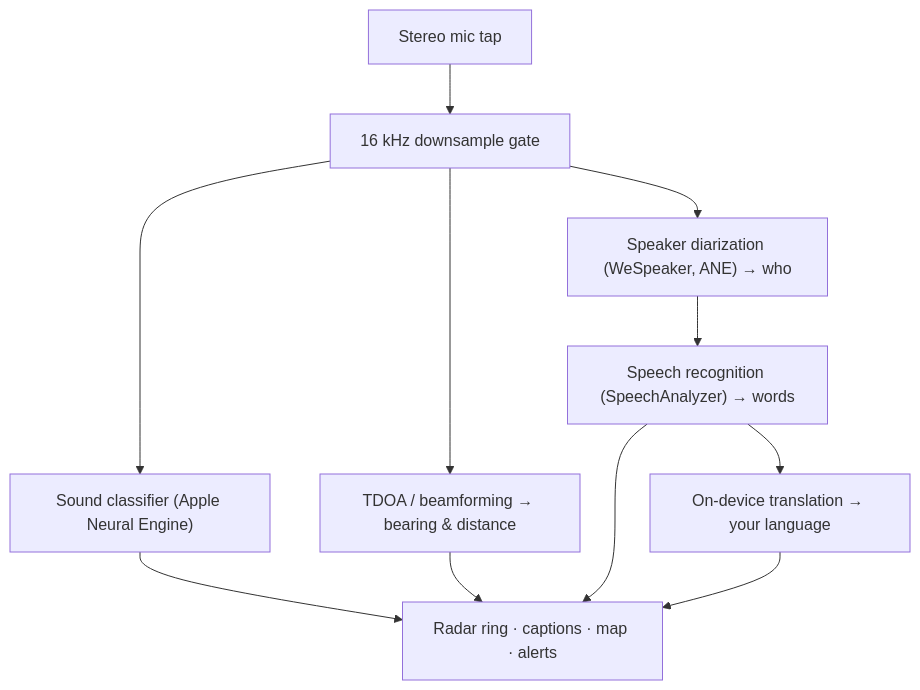
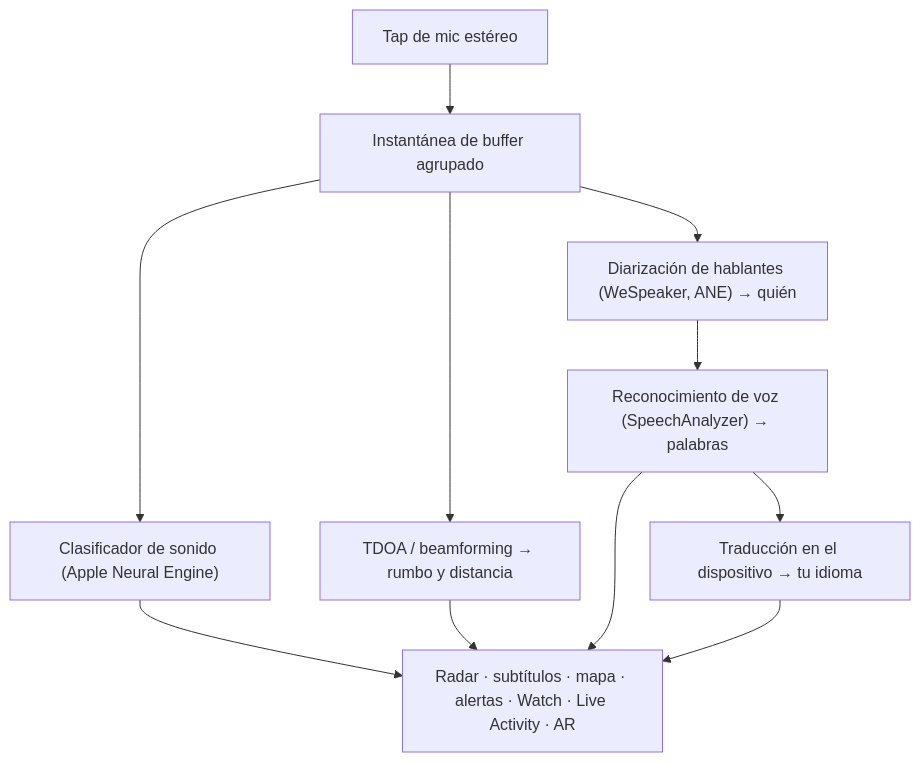
Before and after one commit to rpalm01-star/VigilantEarLegal: the diagram in README_es.md, drawn with Mermaid. The commit also changed other lines of this file and 31 other files, not shown here.

````diff
--- a/README_es.md
+++ b/README_es.md
@@ -73,10 +93,10 @@
 ```mermaid
 graph TD
-    A["Stereo mic tap"] --> B["16 kHz downsample gate"]
-    B --> C["Sound classifier (Apple Neural Engine)"]
-    B --> D["TDOA / beamforming → bearing & distance"]
-    B --> E["Speaker diarization (WeSpeaker, ANE) → who"]
-    E --> F["Speech recognition (SpeechAnalyzer) → words"]
-    F --> G["On-device translation → your language"]
-    C & D & F & G --> H["Radar ring · captions · map · alerts"]
+    A["Tap de mic estéreo"] --> B["Instantánea de buffer agrupado"]
+    B --> C["Clasificador de sonido (Apple Neural Engine)"]
+    B --> D["TDOA / beamforming → rumbo y distancia"]
+    B --> E["Diarización de hablantes (WeSpeaker, ANE) → quién"]
+    E --> F["Reconocimiento de voz (SpeechAnalyzer) → palabras"]
+    F --> G["Traducción en el dispositivo → tu idioma"]
+    C & D & F & G --> H["Radar · subtítulos · mapa · alertas · Watch · Live Activity · AR"]
 ```
````
